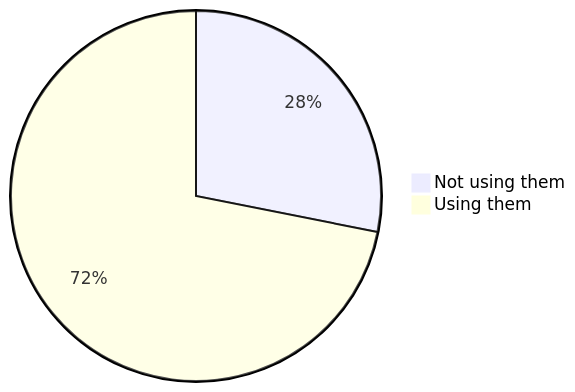
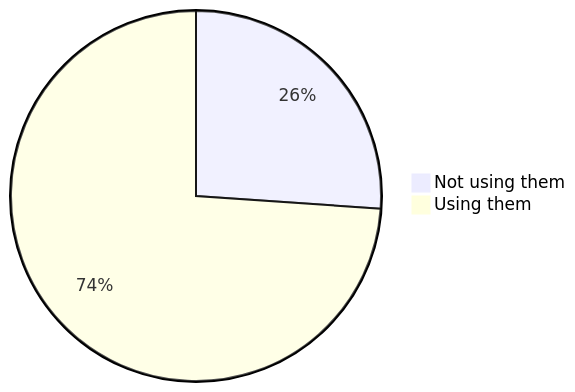
Before and after one commit to oshp/oshp-stats: the first of 22 diagrams in stats.md, drawn with Mermaid. The commit also changed other lines of this file, not shown here.

````diff
--- a/stats.md
+++ b/stats.md
@@ -10,6 +10,6 @@
 ```mermaid
 pie
-	"Not using them" : 28.12
-	"Using them" : 71.88
+	"Not using them" : 26.1
+	"Using them" : 73.9
 
 ```
````
